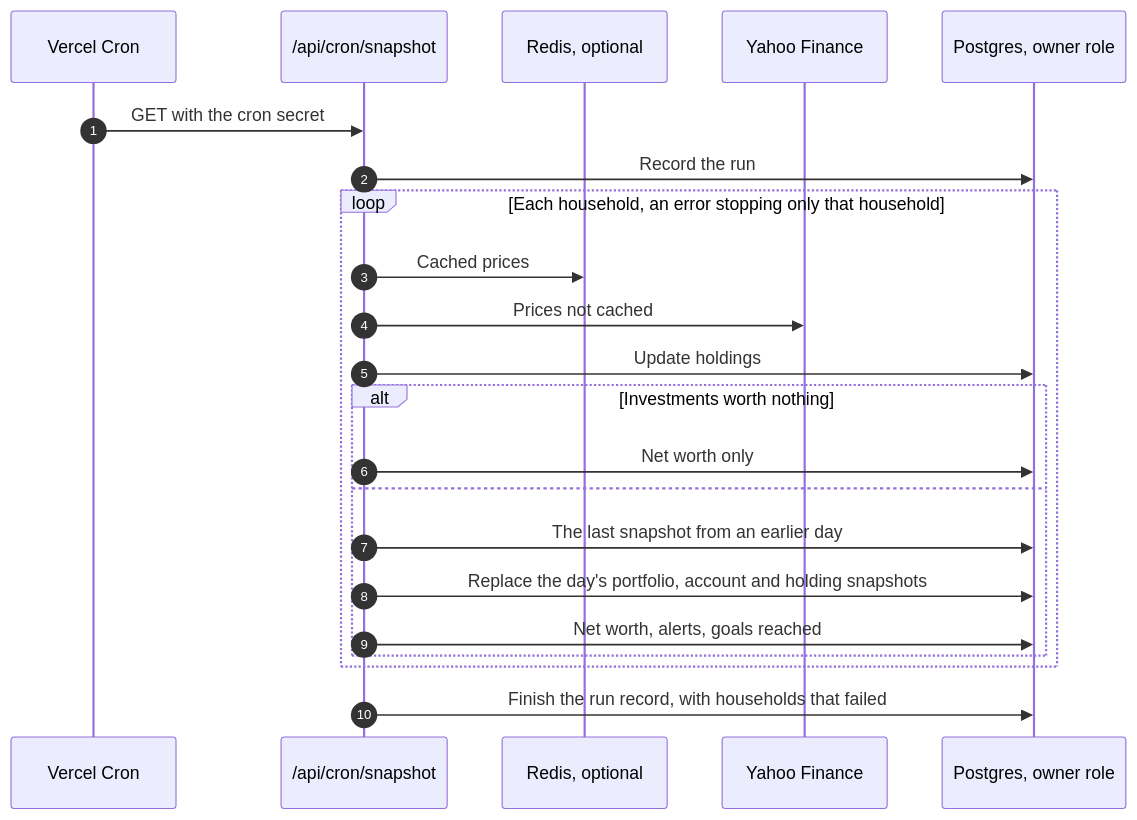
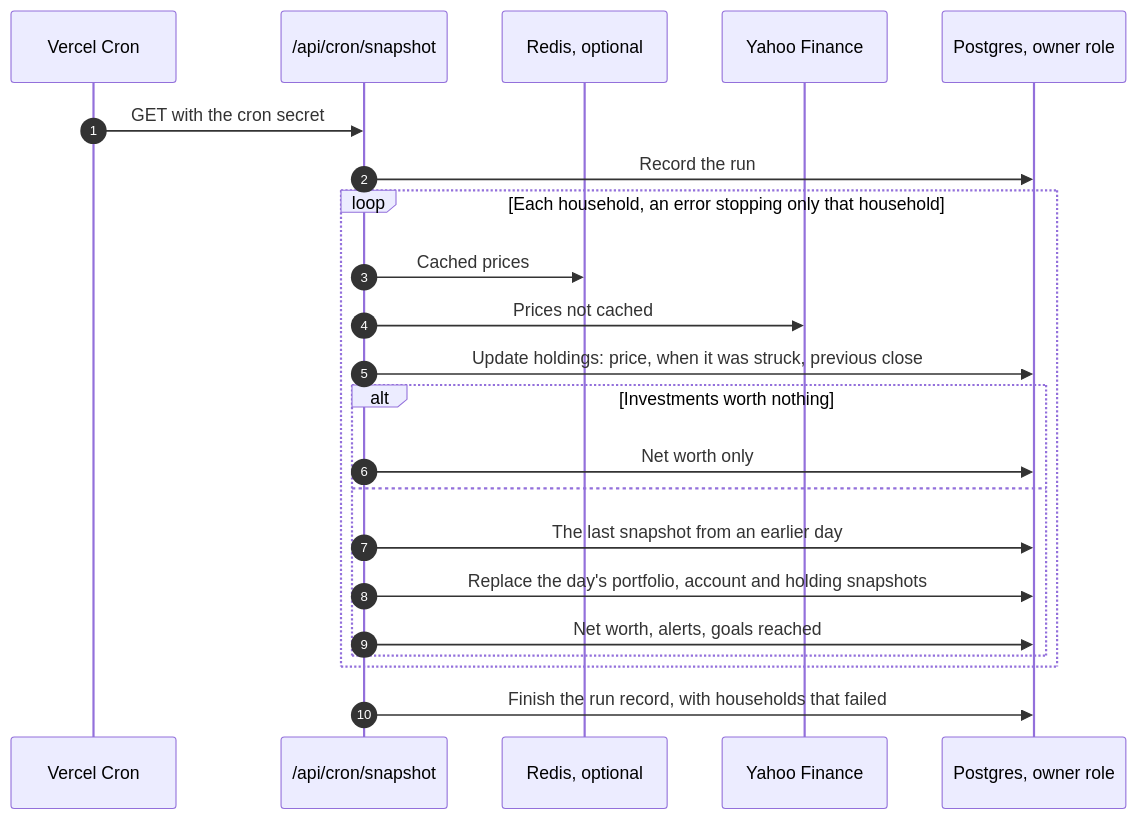
One commit to mronan83/RetireWise changed the fifth of 10 diagrams in docs/ARCHITECTURE.md. Above: the diagram before and after it, drawn with Mermaid. The commit also changed other lines of this file and 30 other files, not shown here.

````diff
--- a/docs/ARCHITECTURE.md
+++ b/docs/ARCHITECTURE.md
@@ -324,24 +324,24 @@
 ```mermaid
 sequenceDiagram
   autonumber
   participant C as Vercel Cron
   participant S as /api/cron/snapshot
   participant RD as Redis, optional
   participant YF as Yahoo Finance
   participant DB as Postgres, owner role
   C->>S: GET with the cron secret
   S->>DB: Record the run
   loop Each household, an error stopping only that household
     S->>RD: Cached prices
     S->>YF: Prices not cached
-    S->>DB: Update holdings
+    S->>DB: Update holdings: price, when it was struck, previous close
     alt Investments worth nothing
       S->>DB: Net worth only
     else
       S->>DB: The last snapshot from an earlier day
       S->>DB: Replace the day's portfolio, account and holding snapshots
       S->>DB: Net worth, alerts, goals reached
     end
   end
   S->>DB: Finish the run record, with households that failed
 ```
````
